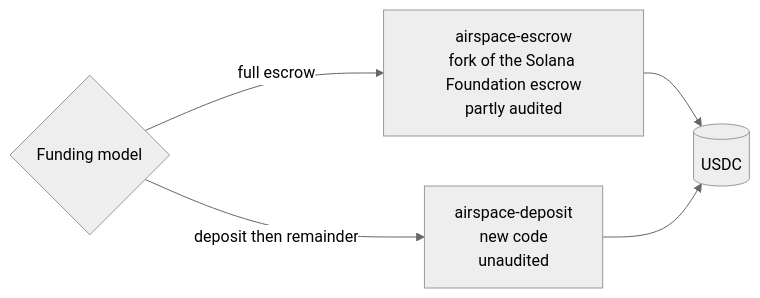
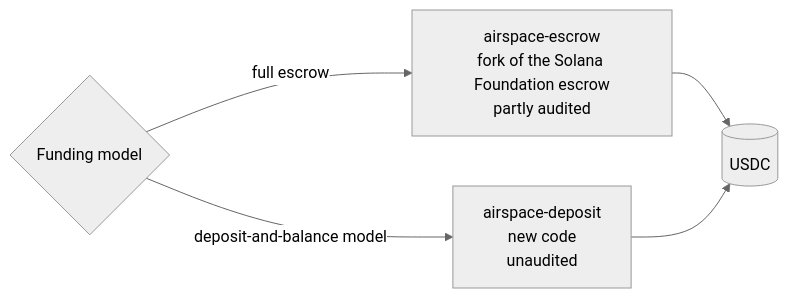
Before and after one commit to visit-airspace/airspace-contracts: the seventh of 7 diagrams in README.md, drawn with Mermaid (neutral theme). The commit also changed other lines of this file and 3 other files, not shown here.

Commit message:
docs: rename funding model to deposit-and-balance

````diff
--- a/README.md
+++ b/README.md
@@ -136,8 +136,8 @@
 ```mermaid
 flowchart LR
     Auction{Funding model}
     Auction -->|full escrow| E[airspace-escrow<br/>fork of the Solana Foundation escrow<br/>partly audited]
-    Auction -->|deposit then remainder| D[airspace-deposit<br/>new code<br/>unaudited]
+    Auction -->|deposit-and-balance model| D[airspace-deposit<br/>new code<br/>unaudited]
     E --> Money[(USDC)]
     D --> Money
 ```
````
